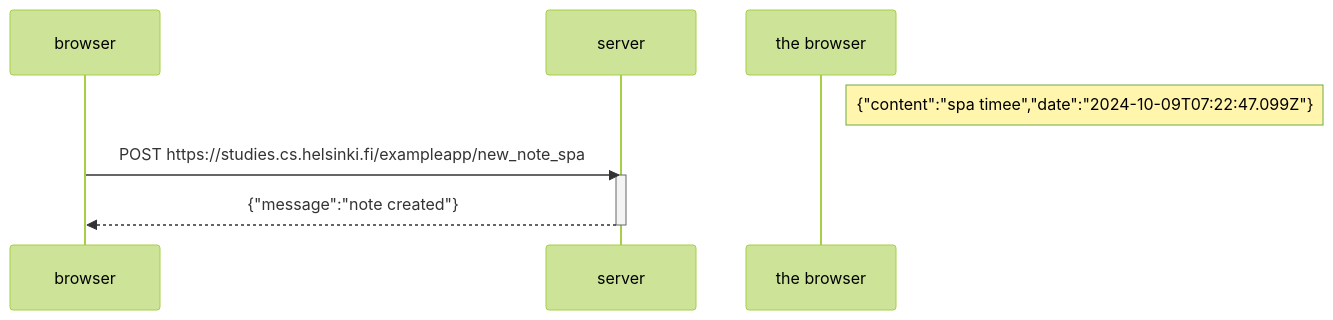
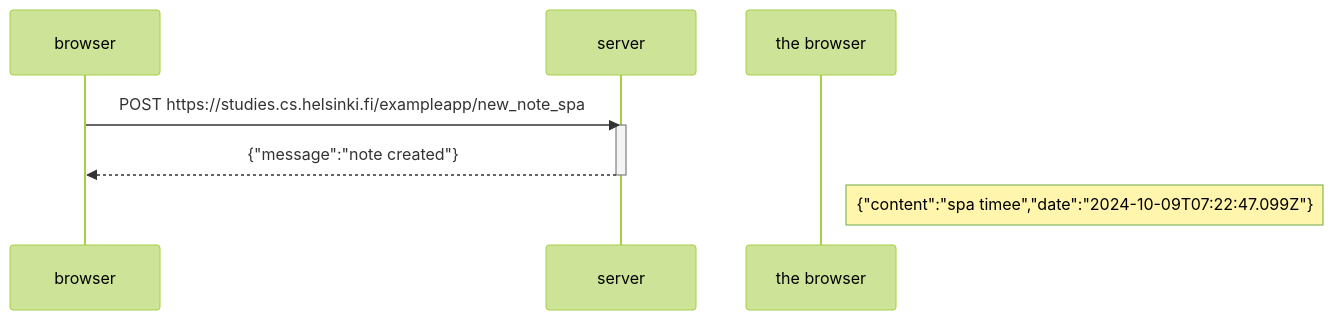
The diagram in part0/0.6.mermaid (Kamotecubes/fullstackopencourse), drawn with Mermaid (forest theme) before and after one commit. The commit also changed other lines of this file, not shown here.

```diff
--- a/part0/0.6.mermaid
+++ b/part0/0.6.mermaid
@@ -1,10 +1,10 @@
 sequenceDiagram
     participant browser
     participant server
-
-    Note right of the browser: {"content":"spa timee","date":"2024-10-09T07:22:47.099Z"}
 
     browser->>server: POST https://studies.cs.helsinki.fi/exampleapp/new_note_spa
     activate server
     server-->>browser: {"message":"note created"}
     deactivate server
+
+    Note right of the browser: {"content":"spa timee","date":"2024-10-09T07:22:47.099Z"}
```
